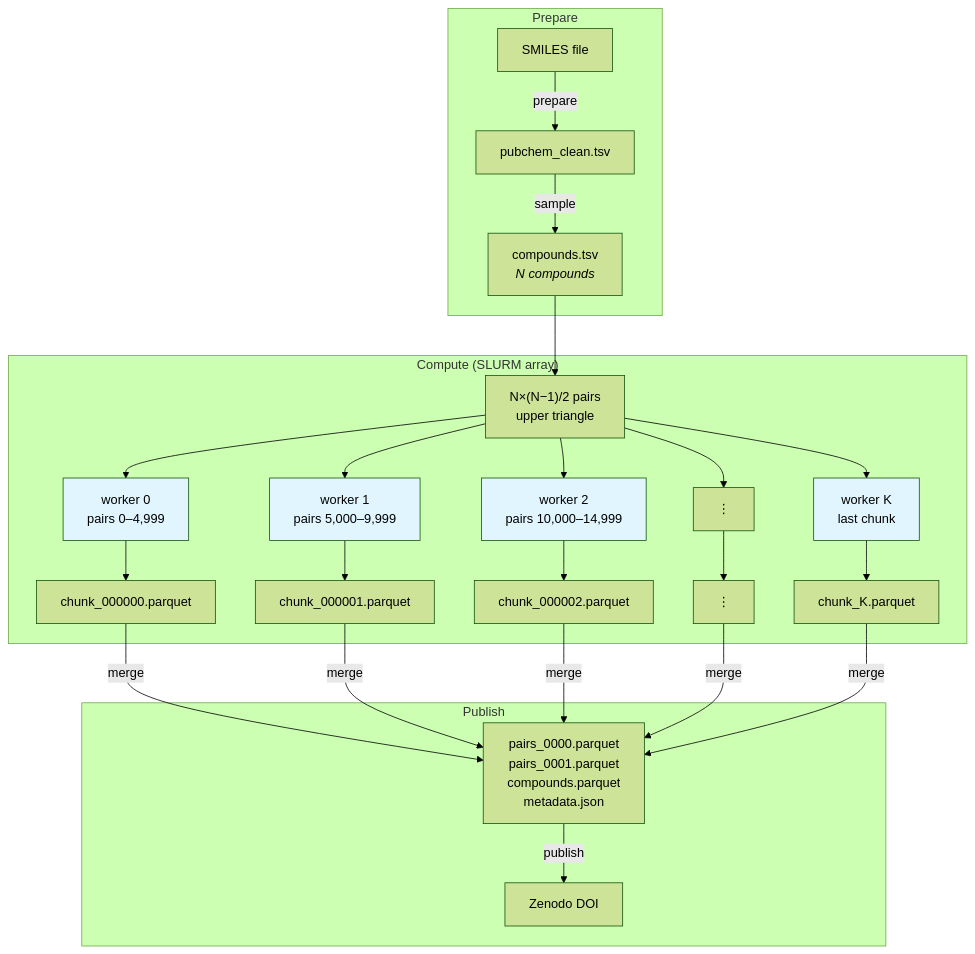
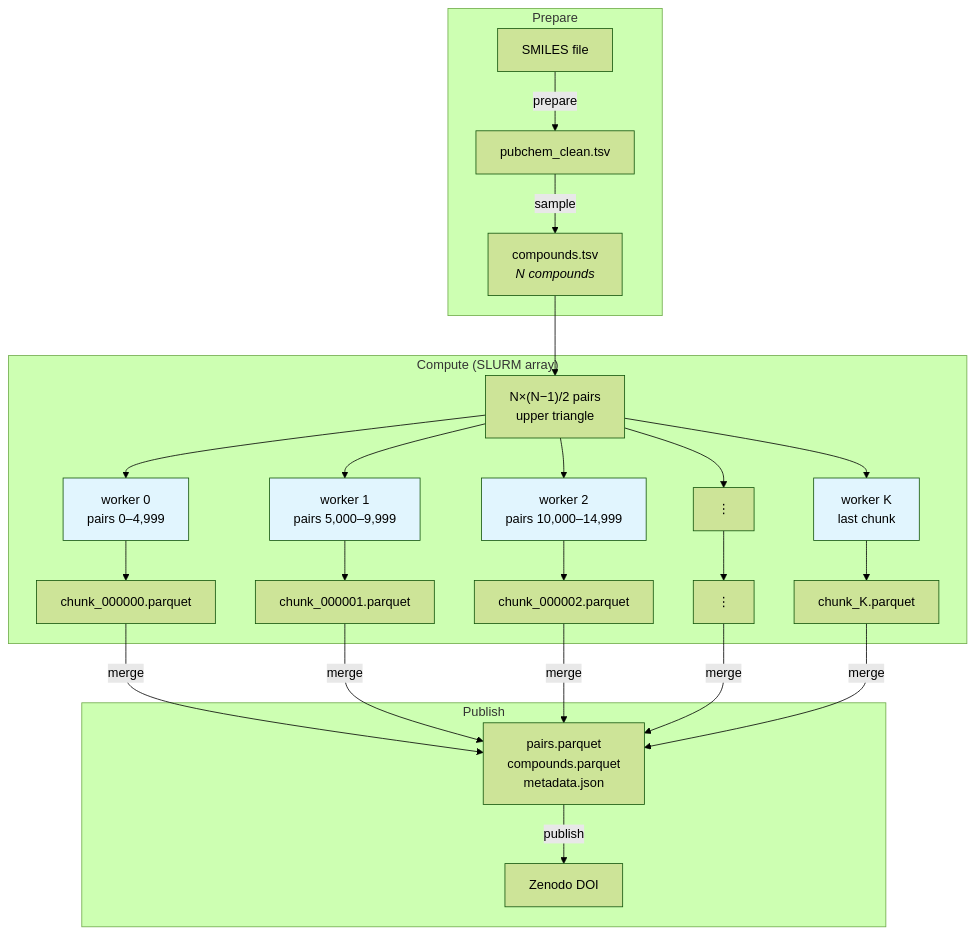
Before and after one commit to LucaCappelletti94/pubchem-rascal-mces: the diagram in README.md, drawn with Mermaid (forest theme). The commit also changed other lines of this file and 8 other files, not shown here.

````diff
--- a/README.md
+++ b/README.md
@@ -21,31 +22,31 @@
 ```mermaid
 flowchart TD
     subgraph Prepare
         A[SMILES file] -->|"prepare"| B[pubchem_clean.tsv]
         B -->|"sample"| C[compounds.tsv<br/><i>N compounds</i>]
     end
 
     subgraph "Compute (SLURM array)"
         C --> P["N×(N−1)/2 pairs<br/>upper triangle"]
         P --> W0["worker 0<br/>pairs 0–4,999"]
         P --> W1["worker 1<br/>pairs 5,000–9,999"]
         P --> W2["worker 2<br/>pairs 10,000–14,999"]
         P --> Wd["⋮"]
         P --> Wn["worker K<br/>last chunk"]
         W0 --> R0[chunk_000000.parquet]
         W1 --> R1[chunk_000001.parquet]
         W2 --> R2[chunk_000002.parquet]
         Wd --> Rd["⋮"]
         Wn --> Rn[chunk_K.parquet]
     end
 
     subgraph Publish
-        R0 & R1 & R2 & Rd & Rn -->|"merge"| M["pairs_0000.parquet<br/>pairs_0001.parquet<br/>compounds.parquet<br/>metadata.json"]
+        R0 & R1 & R2 & Rd & Rn -->|"merge"| M["pairs.parquet<br/>compounds.parquet<br/>metadata.json"]
         M -->|"publish"| Z[Zenodo DOI]
     end
 
     style W0 fill:#e1f5fe
     style W1 fill:#e1f5fe
     style W2 fill:#e1f5fe
     style Wn fill:#e1f5fe
 ```
````
